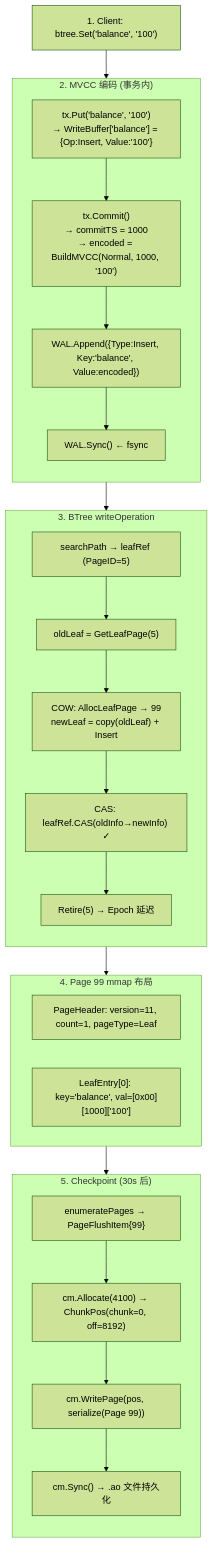
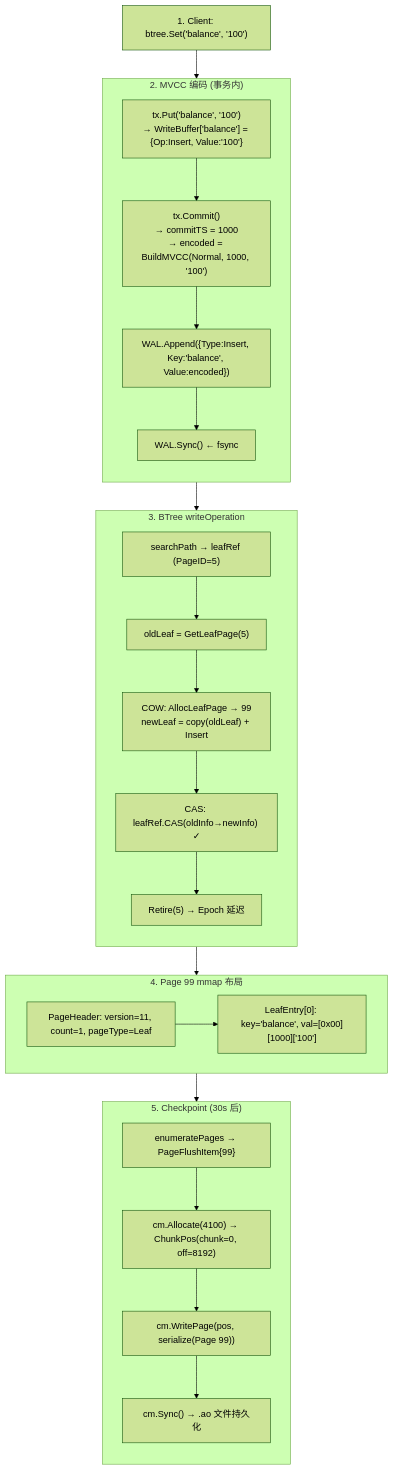
Diagram 37 of 39 in docs/07_spike/btree-refactor/2026-05-23-persistence-architecture-comprehensive-guide.md (jzhang405/NexKV), drawn with Mermaid (forest theme) before and after one commit. The commit also changed other lines of this file, not shown here.

````diff
--- a/docs/07_spike/btree-refactor/2026-05-23-persistence-architecture-comprehensive-guide.md
+++ b/docs/07_spike/btree-refactor/2026-05-23-persistence-architecture-comprehensive-guide.md
@@ -1149,39 +1150,40 @@
 ```mermaid
 flowchart TB
     Step1["1. Client: btree.Set('balance', '100')"]
     
     subgraph Step2["2. MVCC 编码 (事务内)"]
         direction TB
         S2A["tx.Put('balance', '100')<br/>→ WriteBuffer['balance'] = {Op:Insert, Value:'100'}"]
         S2B["tx.Commit()<br/>→ commitTS = 1000<br/>→ encoded = BuildMVCC(Normal, 1000, '100')"]
         S2C["WAL.Append({Type:Insert, Key:'balance', Value:encoded})"]
         S2D["WAL.Sync() ← fsync"]
         S2A --> S2B --> S2C --> S2D
     end
     
     subgraph Step3["3. BTree writeOperation"]
         direction TB
         S3A["searchPath → leafRef (PageID=5)"]
         S3B["oldLeaf = GetLeafPage(5)"]
         S3C["COW: AllocLeafPage → 99<br/>newLeaf = copy(oldLeaf) + Insert"]
         S3D["CAS: leafRef.CAS(oldInfo→newInfo) ✓"]
         S3E["Retire(5) → Epoch 延迟"]
         S3A --> S3B --> S3C --> S3D --> S3E
     end
     
     subgraph Step4["4. Page 99 mmap 布局"]
         S4A["PageHeader: version=11, count=1, pageType=Leaf"]
         S4B["LeafEntry[0]: key='balance', val=[0x00][1000]['100']"]
+        S4A --> S4B
     end
     
     subgraph Step5["5. Checkpoint (30s 后)"]
         direction TB
         S5A["enumeratePages → PageFlushItem{99}"]
         S5B["cm.Allocate(4100) → ChunkPos(chunk=0, off=8192)"]
         S5C["cm.WritePage(pos, serialize(Page 99))"]
         S5D["cm.Sync() → .ao 文件持久化"]
         S5A --> S5B --> S5C --> S5D
     end
     
     Step1 --> Step2 --> Step3 --> Step4 --> Step5
 ```
````
